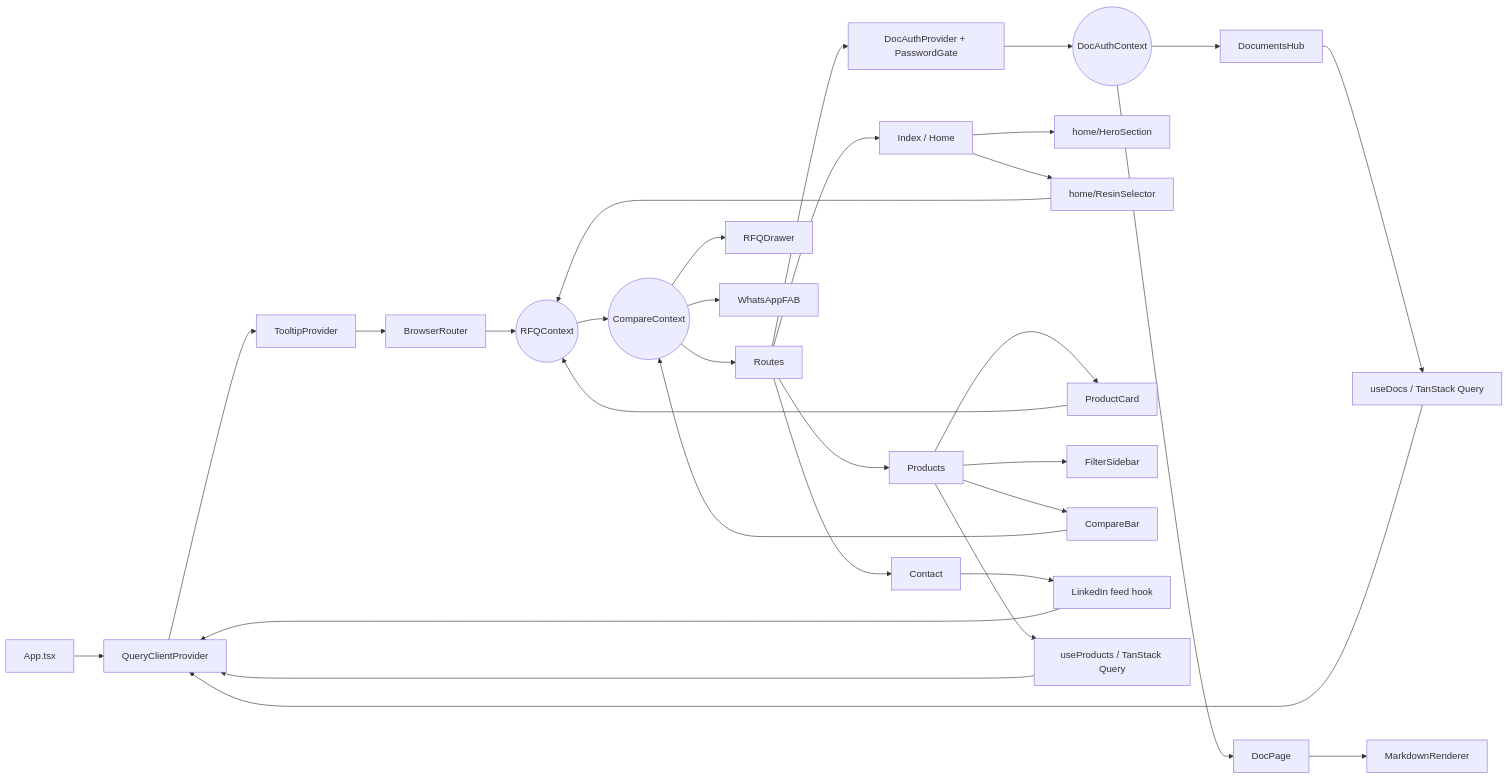
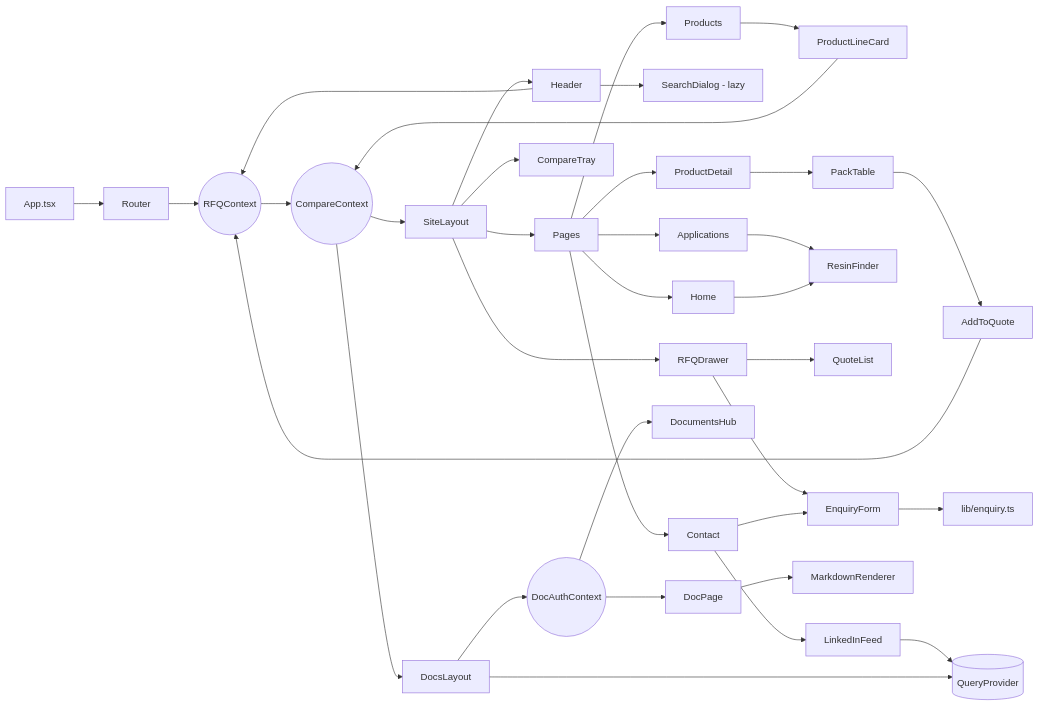
One commit to arka97/protpure-catalog changed the diagram in docs/COMPONENT_TREE.md. Above: the diagram before and after it, drawn with Mermaid. The commit also changed other lines of this file and 9 other files, not shown here.

````diff
--- a/docs/COMPONENT_TREE.md
+++ b/docs/COMPONENT_TREE.md
@@ -74,33 +95,37 @@
 ```mermaid
 graph LR
-    App[App.tsx] --> QC[QueryClientProvider]
-    QC --> TP[TooltipProvider]
-    TP --> BR[BrowserRouter]
-    BR --> RFQ((RFQContext))
+    App[App.tsx] --> Router[Router]
+    Router --> RFQ((RFQContext))
     RFQ --> CMP((CompareContext))
-    CMP --> Routes[Routes]
-    Routes --> Home[Index / Home]
-    Routes --> Prod[Products]
-    Routes --> Contact[Contact]
-    Routes --> DocsGate[DocAuthProvider + PasswordGate]
-    DocsGate --> DA((DocAuthContext))
+    CMP --> Layout[SiteLayout]
+    CMP --> Docs[DocsLayout]
+    Layout --> Header
+    Layout --> Outlet[Pages]
+    Layout --> Drawer[RFQDrawer]
+    Layout --> Tray[CompareTray]
+    Header --> Search[SearchDialog - lazy]
+    Header --> RFQ
+    Outlet --> Home
+    Outlet --> Products
+    Outlet --> Detail[ProductDetail]
+    Outlet --> Apps[Applications]
+    Outlet --> Contact
+    Products --> Card[ProductLineCard]
+    Card --> CMP
+    Detail --> Pack[PackTable]
+    Pack --> Add[AddToQuote]
+    Add --> RFQ
+    Apps --> Finder[ResinFinder]
+    Home --> Finder
+    Drawer --> List[QuoteList]
+    Drawer --> Form[EnquiryForm]
+    Contact --> Form
+    Form --> Enquiry[lib/enquiry.ts]
+    Contact --> LI[LinkedInFeed]
+    LI --> QC[(QueryProvider)]
+    Docs --> QC
+    Docs --> DA((DocAuthContext))
     DA --> Hub[DocumentsHub]
     DA --> Page[DocPage]
-    Home --> Hero[home/HeroSection]
-    Home --> Selector[home/ResinSelector]
-    Prod --> Card[ProductCard]
-    Prod --> Filter[FilterSidebar]
-    Prod --> CmpBar[CompareBar]
-    Card --> RFQ
-    CmpBar --> CMP
-    Selector --> RFQ
-    Contact --> LI[LinkedIn feed hook]
     Page --> MD[MarkdownRenderer]
-    CMP --> Drawer[RFQDrawer]
-    CMP --> FAB[WhatsAppFAB]
-    Hub --> UDocs[useDocs / TanStack Query]
-    Prod --> UProd[useProducts / TanStack Query]
-    LI --> QC
-    UDocs --> QC
-    UProd --> QC
 ```
````
